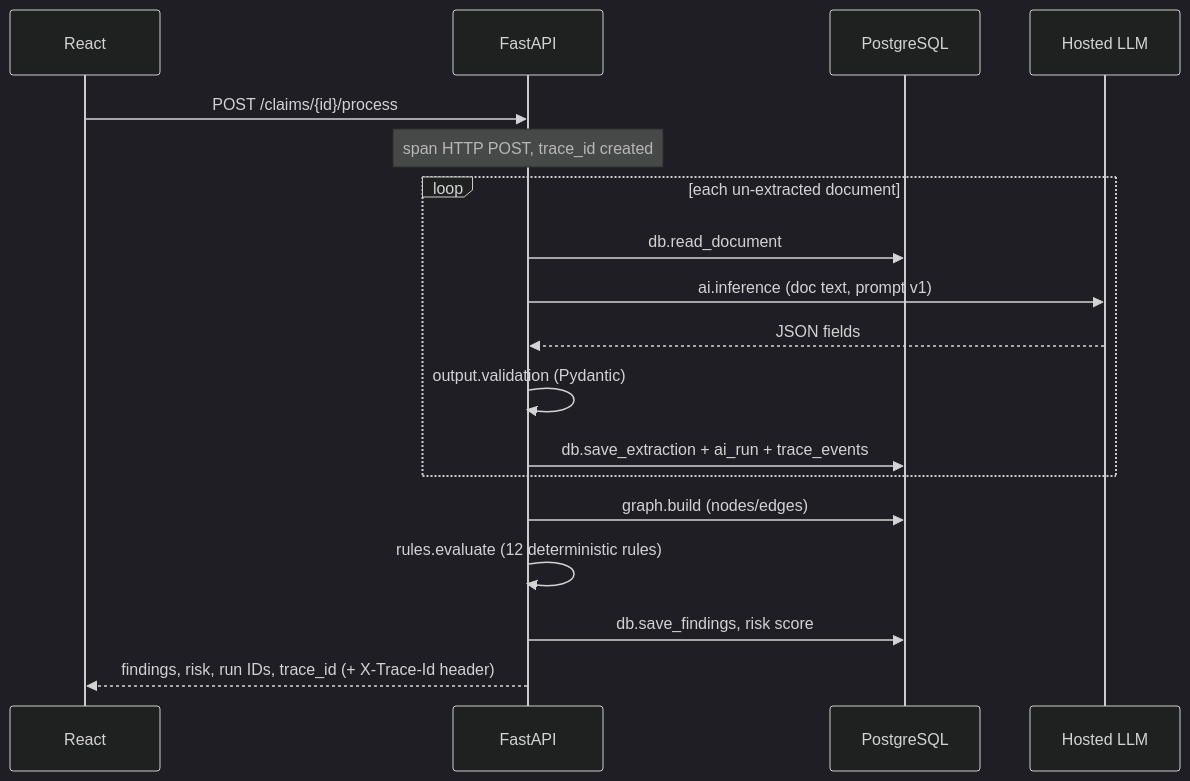
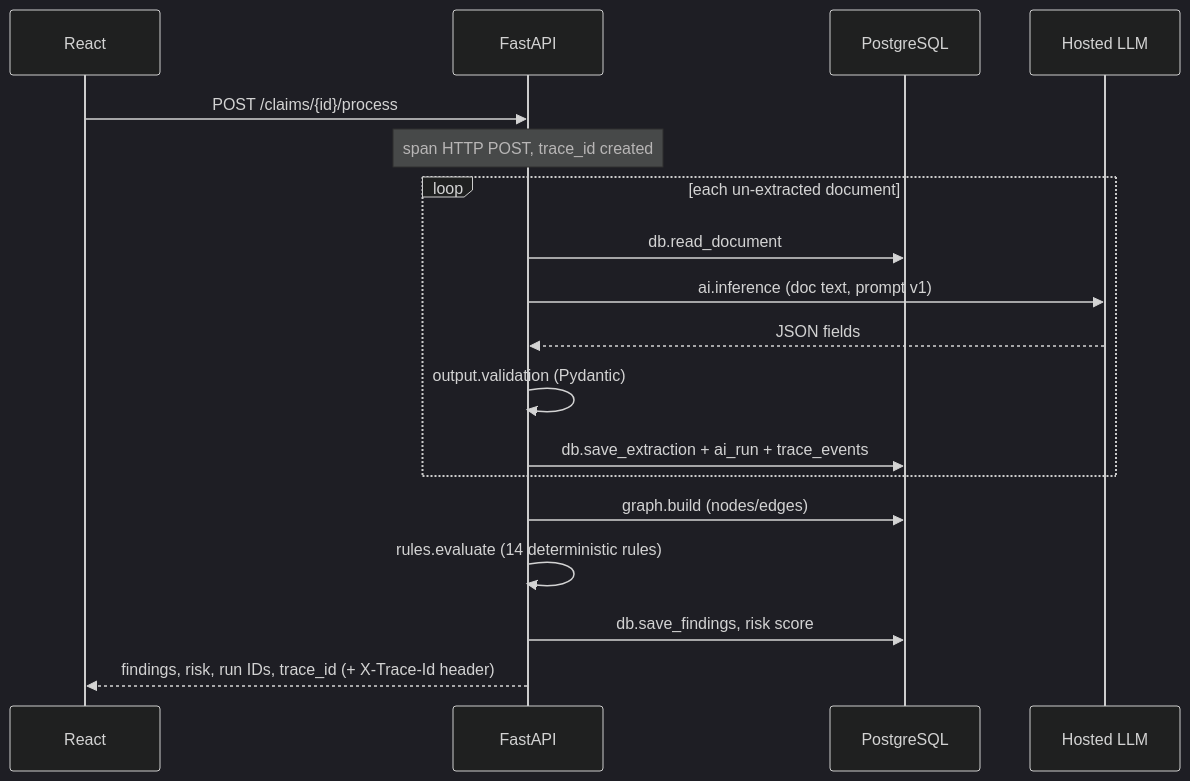
The second of 2 diagrams in docs/02-architecture.md (apoorvassudani/claimsense), drawn with Mermaid (dark theme) before and after one commit. The commit also changed other lines of this file and 271 other files, not shown here.

````diff
--- a/docs/02-architecture.md
+++ b/docs/02-architecture.md
@@ -19,20 +19,20 @@
 ```mermaid
 sequenceDiagram
     participant UI as React
     participant API as FastAPI
     participant DB as PostgreSQL
     participant LLM as Hosted LLM
     UI->>API: POST /claims/{id}/process
     Note over API: span HTTP POST, trace_id created
     loop each un-extracted document
         API->>DB: db.read_document
         API->>LLM: ai.inference (doc text, prompt v1)
         LLM-->>API: JSON fields
         API->>API: output.validation (Pydantic)
         API->>DB: db.save_extraction + ai_run + trace_events
     end
     API->>DB: graph.build (nodes/edges)
-    API->>API: rules.evaluate (12 deterministic rules)
+    API->>API: rules.evaluate (14 deterministic rules)
     API->>DB: db.save_findings, risk score
     API-->>UI: findings, risk, run IDs, trace_id (+ X-Trace-Id header)
 ```
````
